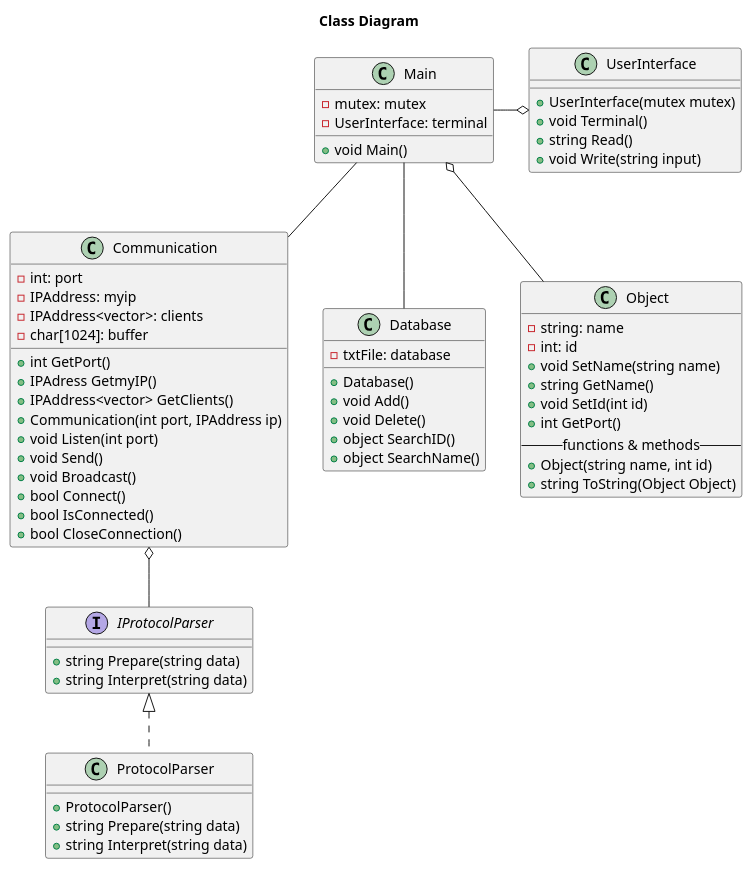
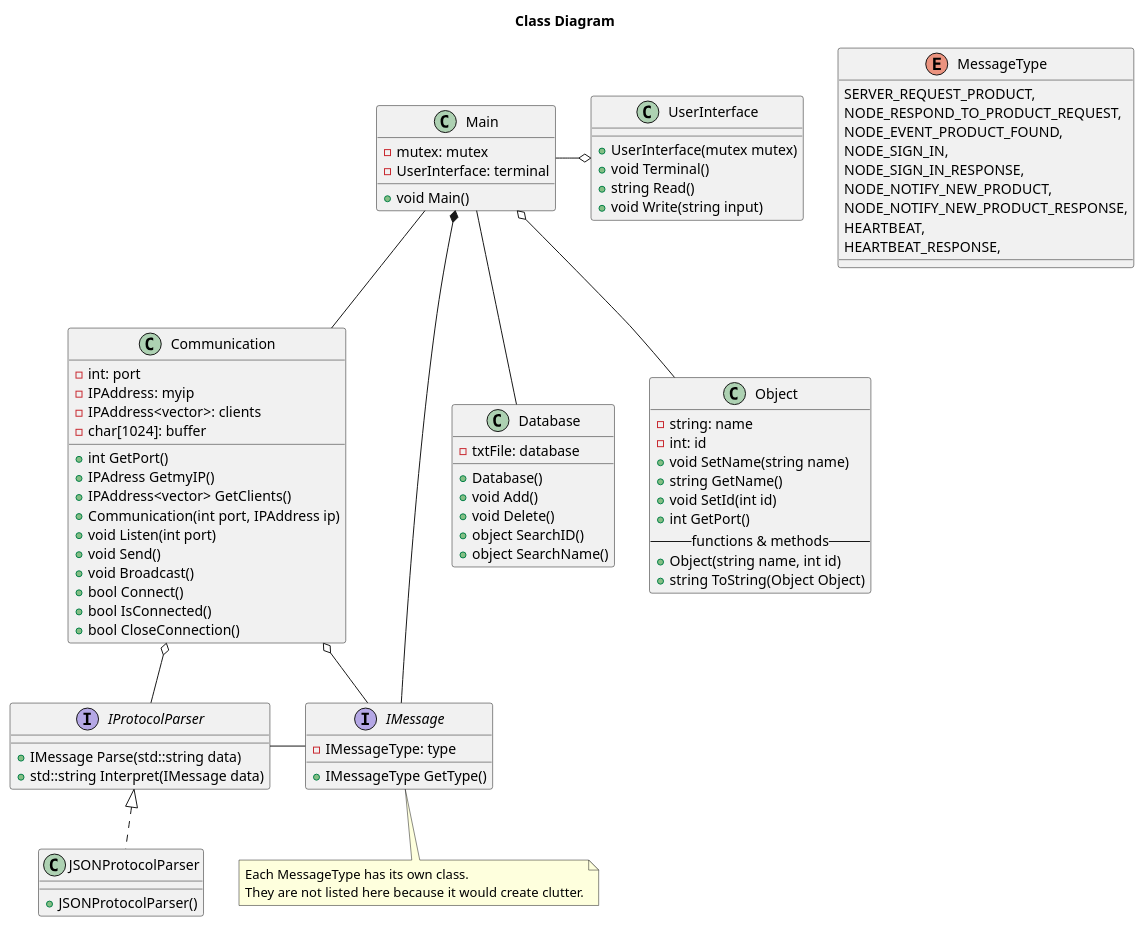
The diagram in Designs/Server Design/Design.wsd (T3-FindIt/FindIt), drawn with PlantUML before and after one commit.

Commit message:
Improved message handling structure

```diff
--- a/Designs/Server Design/Design.wsd
+++ b/Designs/Server Design/Design.wsd
@@ -1,110 +1,134 @@
 @startuml ClassDiagram
 Title Class Diagram
 
 ' websocket code in github
 Class Communication
 {
     ' client class/struct maken?
     {field} - int: port
     {field} - IPAddress: myip
     {field} - IPAddress<vector>: clients
     {field} - char[1024]: buffer
     ' change char array to string?
     ' {method} + void SetPort(int port)
     {method} + int GetPort()
     ' {method} + void setIP(IPAdress IP)
     {method} + IPAdress GetmyIP()
     {method} + IPAddress<vector> GetClients()
     {method} + Communication(int port, IPAddress ip)
     {method} + void Listen(int port)
     {method} + void Send()
     {method} + void Broadcast()
     {method} + bool Connect()
     {method} + bool IsConnected()
     {method} + bool CloseConnection()
 }
 
 Class Database
 {
     ' change txtFile
     {field} - txtFile: database
     {method} + Database()
     {method} + void Add()
     {method} + void Delete()
     {method} + object SearchID()
     {method} + object SearchName()
     ' {method} + void Searchtype()
 }
 
 ' enum with types, or a simple string?
 ' struct instead of class?
 Class Object
 {
     {field} - string: name
     {field} - int: id
     ' {field} - string type
     {method} + void SetName(string name)
     {method} + string GetName()
     {method} + void SetId(int id)
     {method} + int GetPort()
     ' {method} + void SetType(string type)
     ' {method} + string GetType()
     -- functions & methods --
     {method} + Object(string name, int id)
     {method} + string ToString(Object Object)
 }
 
+enum MessageType
+{
+    SERVER_REQUEST_PRODUCT,
+    NODE_RESPOND_TO_PRODUCT_REQUEST,
+    NODE_EVENT_PRODUCT_FOUND,
+    NODE_SIGN_IN,
+    NODE_SIGN_IN_RESPONSE,
+    NODE_NOTIFY_NEW_PRODUCT,
+    NODE_NOTIFY_NEW_PRODUCT_RESPONSE,
+    HEARTBEAT,
+    HEARTBEAT_RESPONSE,
+}
+
+interface IMessage
+{
+    {field} - IMessageType: type
+    {method} + IMessageType GetType()
+}
+
+note bottom of IMessage
+Each MessageType has its own class.
+They are not listed here because it would create clutter.
+end note
+
 interface IProtocolParser
 {
-    {method} + string Prepare(string data)
-    {method} + string Interpret(string data)
+    {method} + IMessage Parse(std::string data)
+    {method} + std::string Interpret(IMessage data)
 }
 
-Class ProtocolParser
+Class JSONProtocolParser
 {
-    {method} + ProtocolParser()
-    {method} + string Prepare(string data)
-    {method} + string Interpret(string data)
+    {method} + JSONProtocolParser()
 }
 
-' simple terminal UI
 Class UserInterface
 {
     {method} + UserInterface(mutex mutex)
     {method} + void Terminal()
     {method} + string Read()
     {method} + void Write(string input)
 }
 
 Class Main
 {
     {field} - mutex: mutex
     {field} - UserInterface: terminal
     {method} + void Main()
 }
 
 ' note left of JsonBuilder : Implementatie wordt geleverd door de\nArduinoJson Library
 ' note top of JsonBuilder : Kijk naar gebruik van pointers
 
 ' EMPTY CLASSES
 ' END OF EMPYY CLASSES
 
 Main -o UserInterface
 Main o-- Object
 Main -- Database
 Main -- Communication
-IProtocolParser <|.. ProtocolParser
+Main *-- IMessage
+Communication o-- IMessage
+IProtocolParser <|.. JSONProtocolParser
+IProtocolParser - IMessage
 Communication o-- IProtocolParser
 
 ' Controller "1" o-- "1" WiFiHandler
 ' Controller "1" o-- "1" IMasterSlave
 ' Controller "1" o-- "1" JsonBuilder
 ' Controller "1" o-down- "1" IDipSwitch
 ' Controller "1" o-- "1" WebSocketHandler
 
 ' WiFiHandler "1" o-- "1" WiFiData
 ' WebSocketHandler "1" o-- "1" WebsocketData
 
 ' See if we should separate WebSocket & WiFi
 ' object opslaan als JSON objecten?
 @enduml
```
